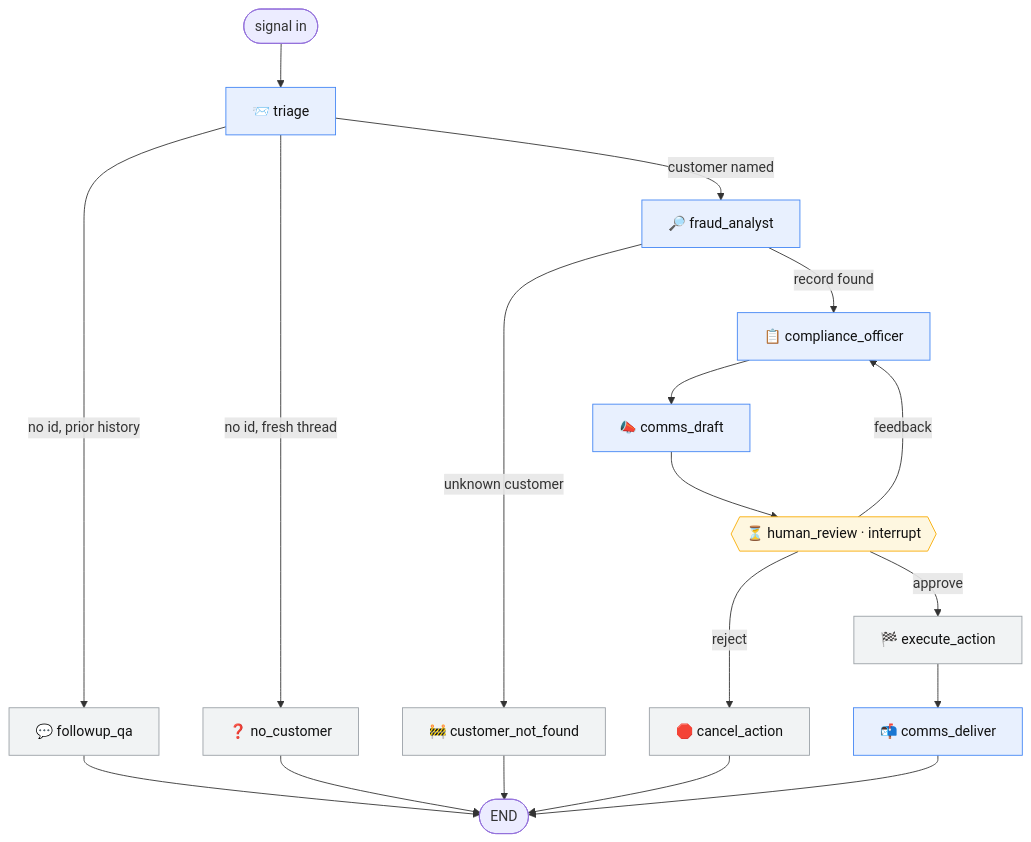
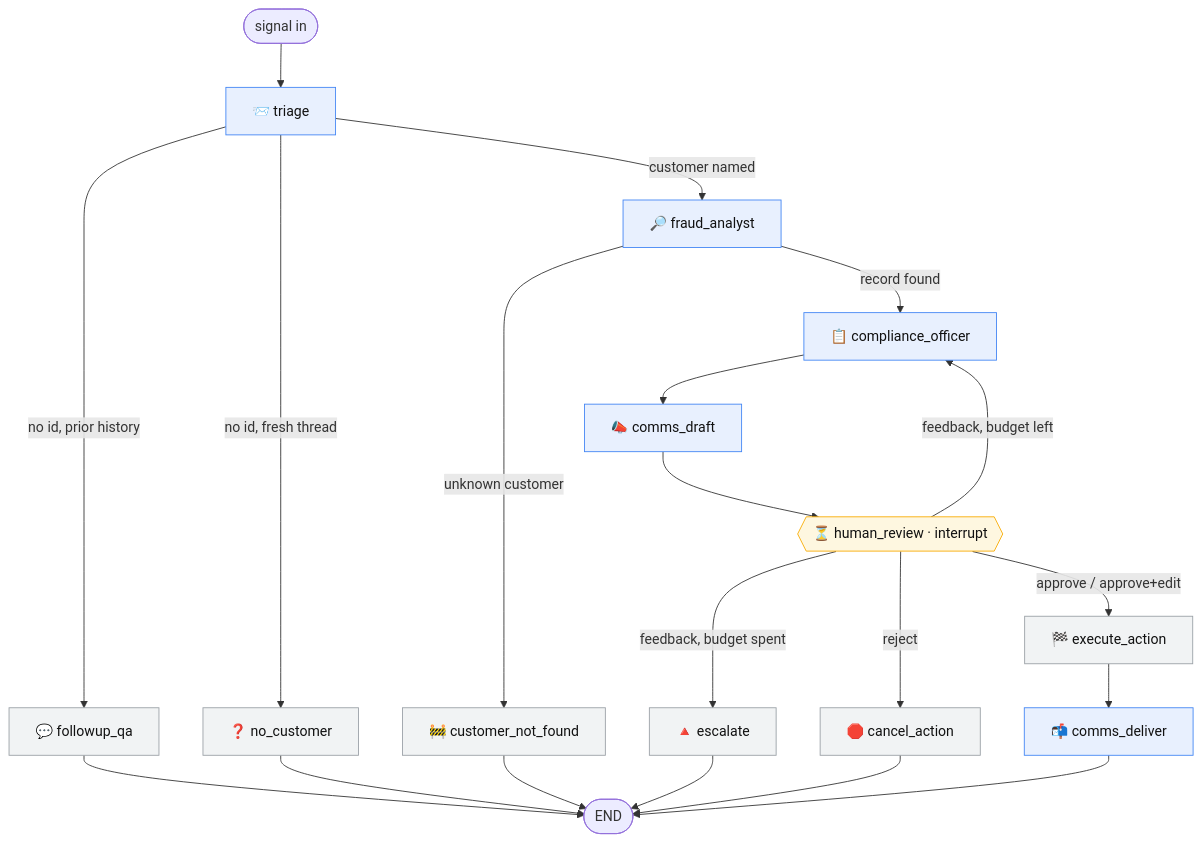
The first of 2 diagrams in README.md (Stanislav-Stanev/Colab-Multi-Bot), drawn with Mermaid before and after one commit. The commit also changed other lines of this file and 6 other files, not shown here.

````diff
--- a/README.md
+++ b/README.md
@@ -59,22 +62,23 @@
 ```mermaid
 flowchart TD
     START([signal in]) --> T[📨 triage]
     T -->|no id, prior history| FQ[💬 followup_qa] --> E([END])
     T -->|no id, fresh thread| NC[❓ no_customer] --> E
     T -->|customer named| FA[🔎 fraud_analyst]
     FA -->|unknown customer| CNF[🚧 customer_not_found] --> E
     FA -->|record found| CO[📋 compliance_officer]
     CO --> CD[📣 comms_draft]
     CD --> HR{{⏳ human_review · interrupt}}
-    HR -->|feedback| CO
+    HR -->|feedback, budget left| CO
+    HR -->|feedback, budget spent| ES[🔺 escalate] --> E
     HR -->|reject| CA[🛑 cancel_action] --> E
-    HR -->|approve| EA[🏁 execute_action]
+    HR -->|approve / approve+edit| EA[🏁 execute_action]
     EA --> DL[📬 comms_deliver] --> E
 
     classDef agent fill:#e8f0fe,stroke:#4285f4,color:#111
     classDef gate fill:#fef7e0,stroke:#f9ab00,color:#111
     classDef guard fill:#f1f3f4,stroke:#9aa0a6,color:#111
     class T,FA,CO,CD,DL agent
     class HR gate
-    class FQ,NC,CNF,CA,EA guard
+    class FQ,NC,CNF,CA,EA,ES guard
 ```
````
